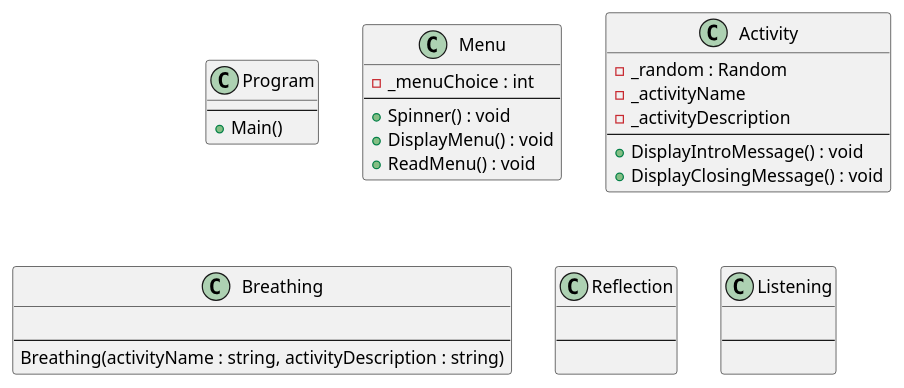
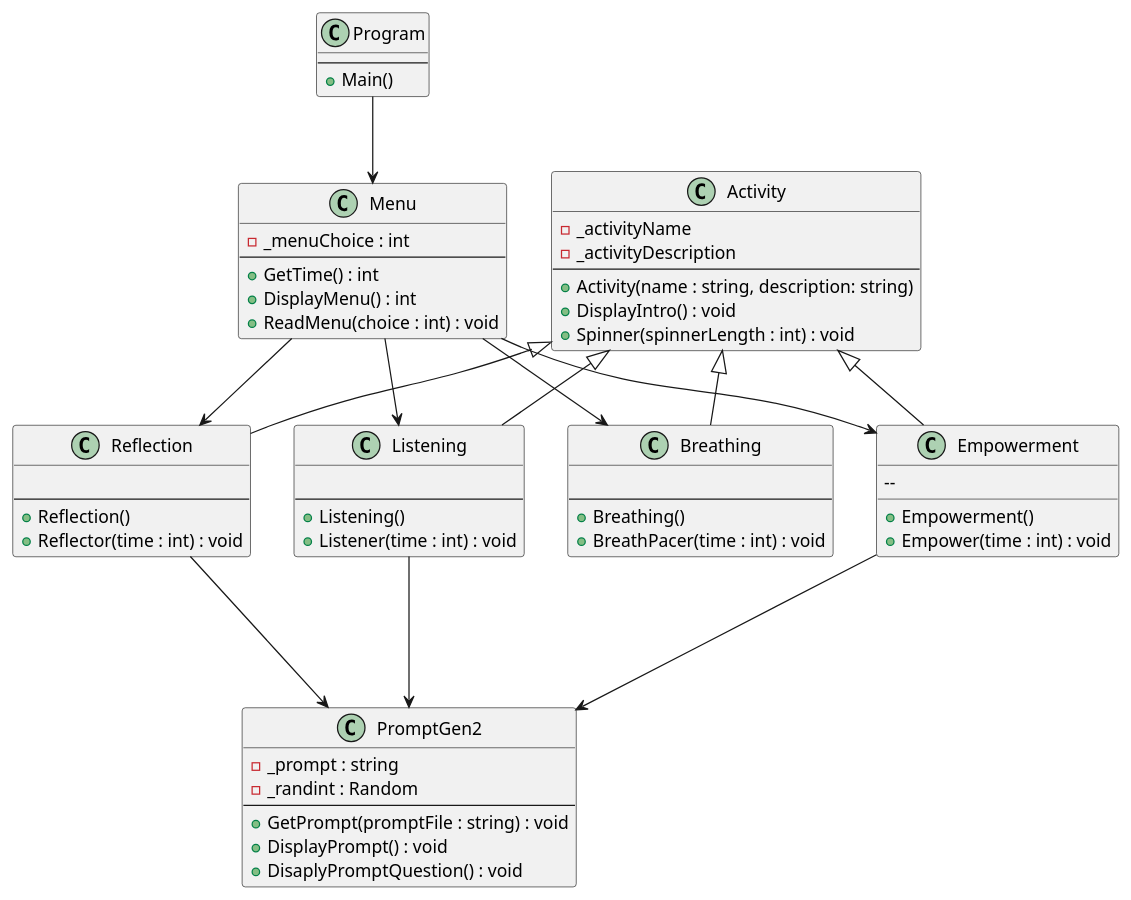
One commit to automotopia2/cse21---projects changed the diagram in prove/Develop04/MindfulnessProgram.puml. Above: the diagram before and after it, drawn with PlantUML. The commit also changed 12 other files, not shown here.

Commit message:
Completed the program and added a 4th activity called Empowerment.

```diff
--- a/prove/Develop04/MindfulnessProgram.puml
+++ b/prove/Develop04/MindfulnessProgram.puml
@@ -1,52 +1,88 @@
 @startuml
 
 class Program
 {
     --
     + Main()
 }
 
 class Menu
 {
     -_menuChoice : int
     --
-    + Spinner() : void
-    + DisplayMenu() : void
-    + ReadMenu() : void
+    + GetTime() : int
+    + DisplayMenu() : int
+    + ReadMenu(choice : int) : void
 }
 
 class Activity
 {
-    -_random : Random
     -_activityName
     -_activityDescription
     --
-    + DisplayIntroMessage() : void
-    + DisplayClosingMessage() : void
+    + Activity(name : string, description: string)
+    + DisplayIntro() : void
+    + Spinner(spinnerLength : int) : void
 }
 
 class Breathing
 {
     
     --
-    Breathing(activityName : string, activityDescription : string)
+    + Breathing()
+    + BreathPacer(time : int) : void
 }
 
 class Reflection
 {
     
     --
-
+    + Reflection() 
+    + Reflector(time : int) : void
 }
 
 class Listening
 {
     
     --
-    
+    + Listening()
+    + Listener(time : int) : void
 }
 
+class Empowerment
+{
+
+    --
+    + Empowerment()
+    + Empower(time : int) : void
+}
+
+class PromptGen2
+{
+    -_prompt : string
+    -_randint : Random
+    --
+    + GetPrompt(promptFile : string) : void
+    + DisplayPrompt() : void
+    + DisaplyPromptQuestion() : void
+}
+
+Program --> Menu
+
+Menu --> Breathing
+Menu --> Reflection
+Menu --> Listening
+Menu --> Empowerment
+
+Activity <|-- Breathing
+Activity <|-- Reflection
+Activity <|-- Listening
+Activity <|-- Empowerment
+
+Reflection ---> PromptGen2
+Listening ---> PromptGen2
+Empowerment ---> PromptGen2
 
 
 
 @enduml
```
